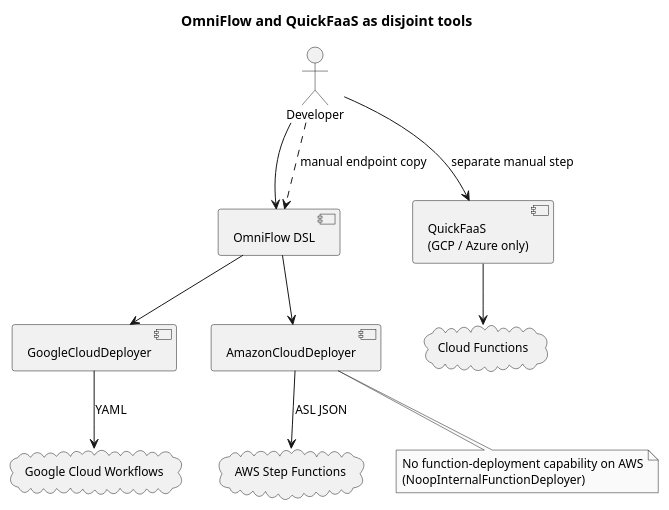
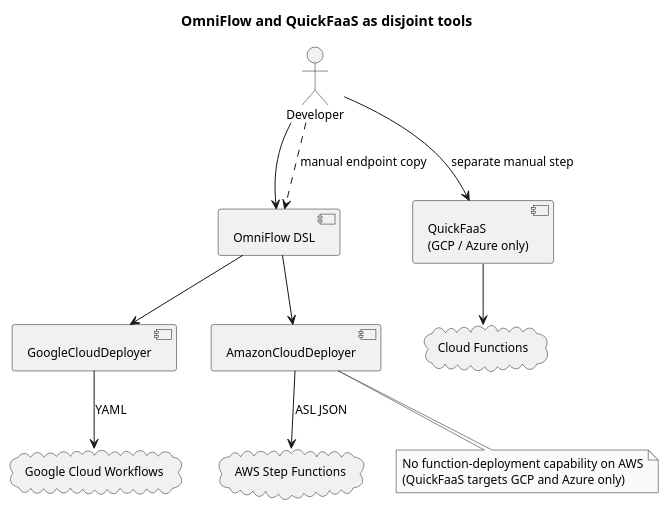
One commit to EngenheiroPedroCarvalho/ISEL-Thesis-2526 changed the diagram in diagrams/architecture-before.puml. Above: the diagram before and after it, drawn with PlantUML. The commit also changed 22 other files, not shown here.

First line of the commit message:
Bring the diagrams in line with the code

```diff
--- a/diagrams/architecture-before.puml
+++ b/diagrams/architecture-before.puml
@@ -1,29 +1,29 @@
 @startuml architecture-before
 skinparam monochrome true
 skinparam shadowing false
 skinparam defaultFontSize 12
 title OmniFlow and QuickFaaS as disjoint tools
 
 actor Developer as D1
 component "OmniFlow DSL" as DSL1
 component "GoogleCloudDeployer" as GCD1
 component "AmazonCloudDeployer" as ACD1
 component "QuickFaaS\n(GCP / Azure only)" as QF1
 cloud "Google Cloud Workflows" as GCW1
 cloud "AWS Step Functions" as SF1
 cloud "Cloud Functions" as FN1
 
 D1 --> DSL1
 D1 --> QF1 : separate manual step
 D1 ..> DSL1 : manual endpoint copy
 DSL1 --> GCD1
 DSL1 --> ACD1
 GCD1 --> GCW1 : YAML
 ACD1 --> SF1 : ASL JSON
 QF1 --> FN1
 
 note bottom of ACD1
   No function-deployment capability on AWS
-  (NoopInternalFunctionDeployer)
+  (QuickFaaS targets GCP and Azure only)
 end note
 @enduml
```
